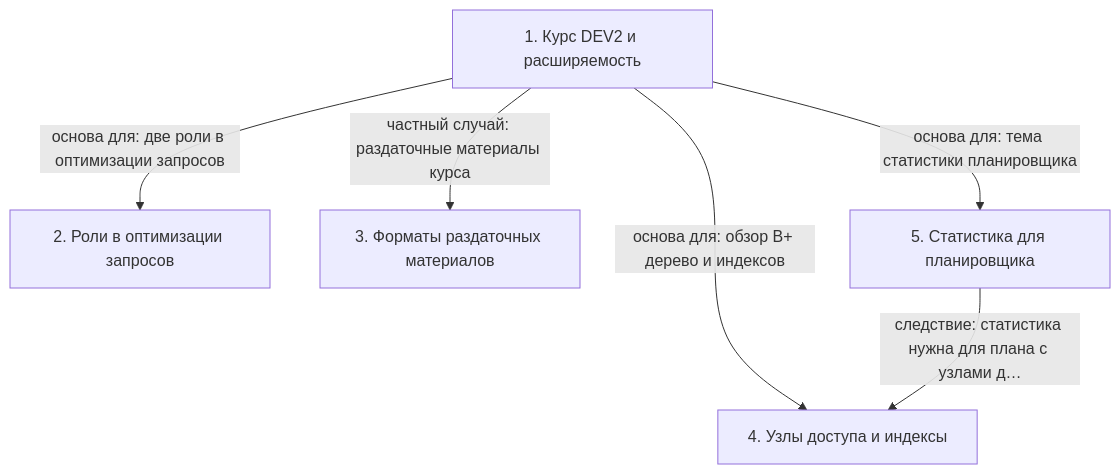
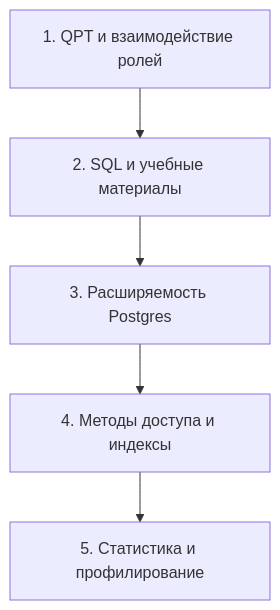
The diagram in postgres-qpt/01 - QPT-16. 00. Введение/notes.md (AsoloCode/notes), drawn with Mermaid before and after one commit. The commit also changed other lines of this file and 503 other files, not shown here.

First line of the commit message:
Обновить конспекты PostgreSQL (QPT-16, DEV1-16): слайды, схемы, факт-чек

````diff
--- a/postgres-qpt/01 - QPT-16. 00. Введение/notes.md
+++ b/postgres-qpt/01 - QPT-16. 00. Введение/notes.md
@@ -78,13 +83,12 @@
 ```mermaid
 flowchart TD
-    n1["1. Курс DEV2 и расширяемость"]
-    n2["2. Роли в оптимизации запросов"]
-    n3["3. Форматы раздаточных материалов"]
-    n4["4. Узлы доступа и индексы"]
-    n5["5. Статистика для планировщика"]
-    n1 -->|основа для: две роли в оптимизации запросов| n2
-    n1 -->|частный случай: раздаточные материалы курса| n3
-    n1 -->|основа для: обзор B+ дерево и индексов| n4
-    n1 -->|основа для: тема статистики планировщика| n5
-    n5 -->|следствие: статистика нужна для плана с узлами д…| n4
+    n1["1. QPT и взаимодействие ролей"]
+    n2["2. SQL и учебные материалы"]
+    n3["3. Расширяемость Postgres"]
+    n4["4. Методы доступа и индексы"]
+    n5["5. Статистика и профилирование"]
+    n1 --> n2
+    n2 --> n3
+    n3 --> n4
+    n4 --> n5
 ```
````
